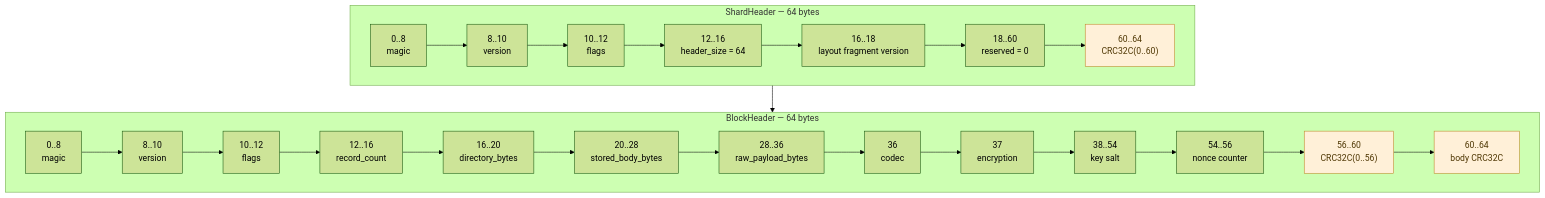
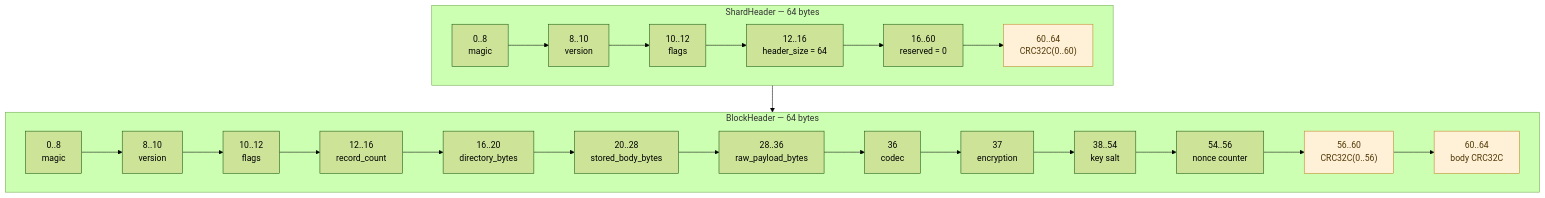
Before and after one commit to SunDoge/shardpack: the second of 4 diagrams in docs/spk-parsing.md, drawn with Mermaid (forest theme). The commit also changed other lines of this file and 16 other files, not shown here.

````diff
--- a/docs/spk-parsing.md
+++ b/docs/spk-parsing.md
@@ -32,37 +32,36 @@
 ```mermaid
 flowchart TB
     subgraph SH["ShardHeader — 64 bytes"]
         direction LR
         sh0["0..8<br/>magic"]
         sh1["8..10<br/>version"]
         sh2["10..12<br/>flags"]
         sh3["12..16<br/>header_size = 64"]
-        sh4["16..18<br/>layout fragment version"]
-        sh5["18..60<br/>reserved = 0"]
+        sh4["16..60<br/>reserved = 0"]
         sh6["60..64<br/>CRC32C(0..60)"]
-        sh0 --> sh1 --> sh2 --> sh3 --> sh4 --> sh5 --> sh6
+        sh0 --> sh1 --> sh2 --> sh3 --> sh4 --> sh6
     end
 
     subgraph BH["BlockHeader — 64 bytes"]
         direction LR
         bh0["0..8<br/>magic"]
         bh1["8..10<br/>version"]
         bh2["10..12<br/>flags"]
         bh3["12..16<br/>record_count"]
         bh4["16..20<br/>directory_bytes"]
         bh5["20..28<br/>stored_body_bytes"]
         bh6["28..36<br/>raw_payload_bytes"]
         bh7["36<br/>codec"]
         bh8["37<br/>encryption"]
         bh9["38..54<br/>key salt"]
         bh10["54..56<br/>nonce counter"]
         bh11["56..60<br/>CRC32C(0..56)"]
         bh12["60..64<br/>body CRC32C"]
         bh0 --> bh1 --> bh2 --> bh3 --> bh4 --> bh5 --> bh6 --> bh7 --> bh8 --> bh9 --> bh10 --> bh11 --> bh12
     end
 
     SH --> BH
 
     classDef checksum fill:#fff0d8,color:#4d3500,stroke:#bd8425;
     class sh6,bh11,bh12 checksum;
 ```
````
